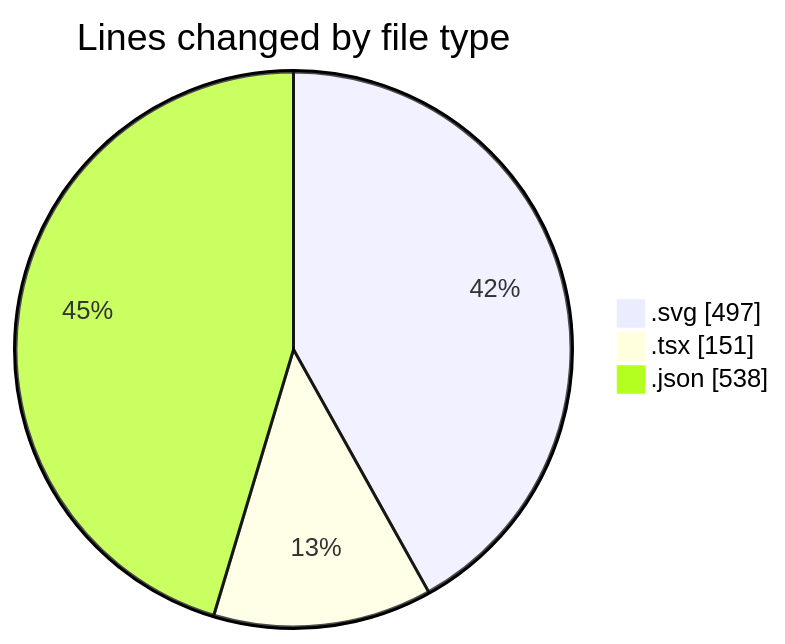
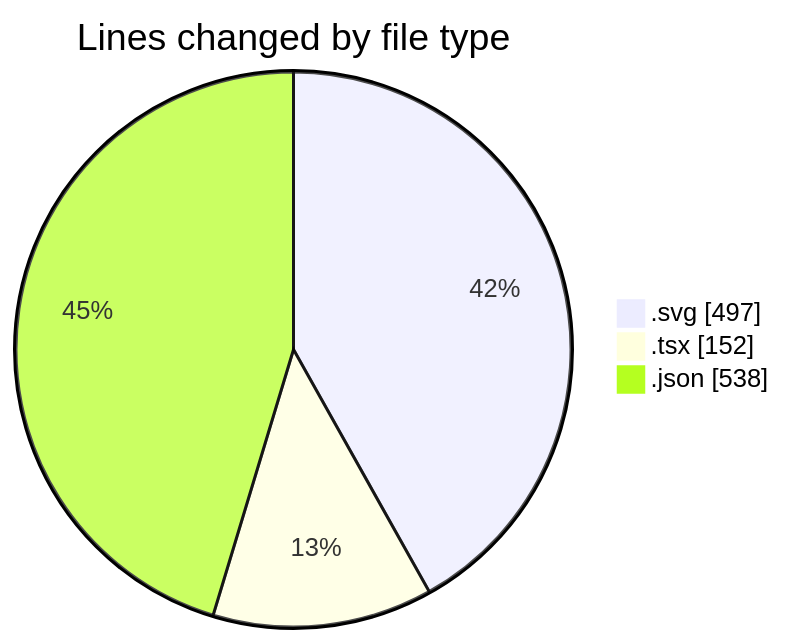
One commit to EIIisD/code-tracking changed the first of 2 diagrams in 2025-08-06/tw-server/README.md. Above: the diagram before and after it, drawn with Mermaid. The commit also changed other lines of this file and 1 other file, not shown here.

````diff
--- a/2025-08-06/tw-server/README.md
+++ b/2025-08-06/tw-server/README.md
@@ -30,7 +30,7 @@
 ```mermaid
 pie showData
 title Lines changed by file type
 ".svg" : 497
-".tsx" : 151
+".tsx" : 152
 ".json" : 538
 ```
````
